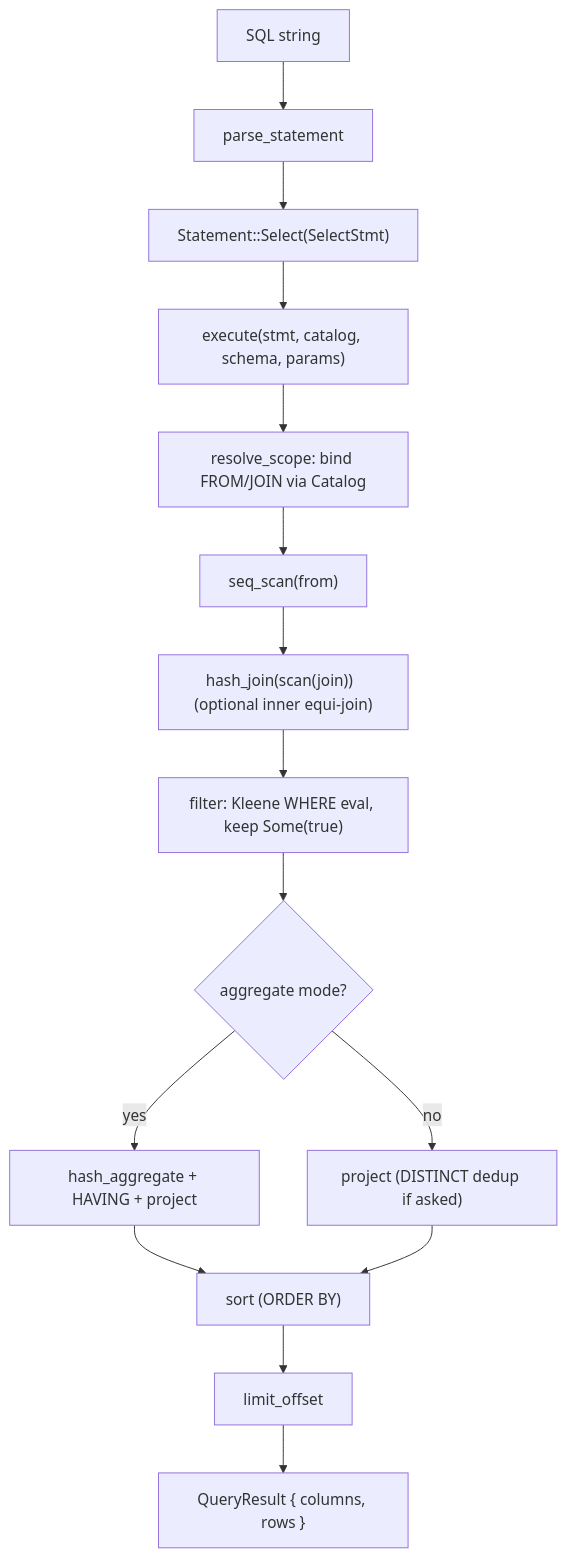
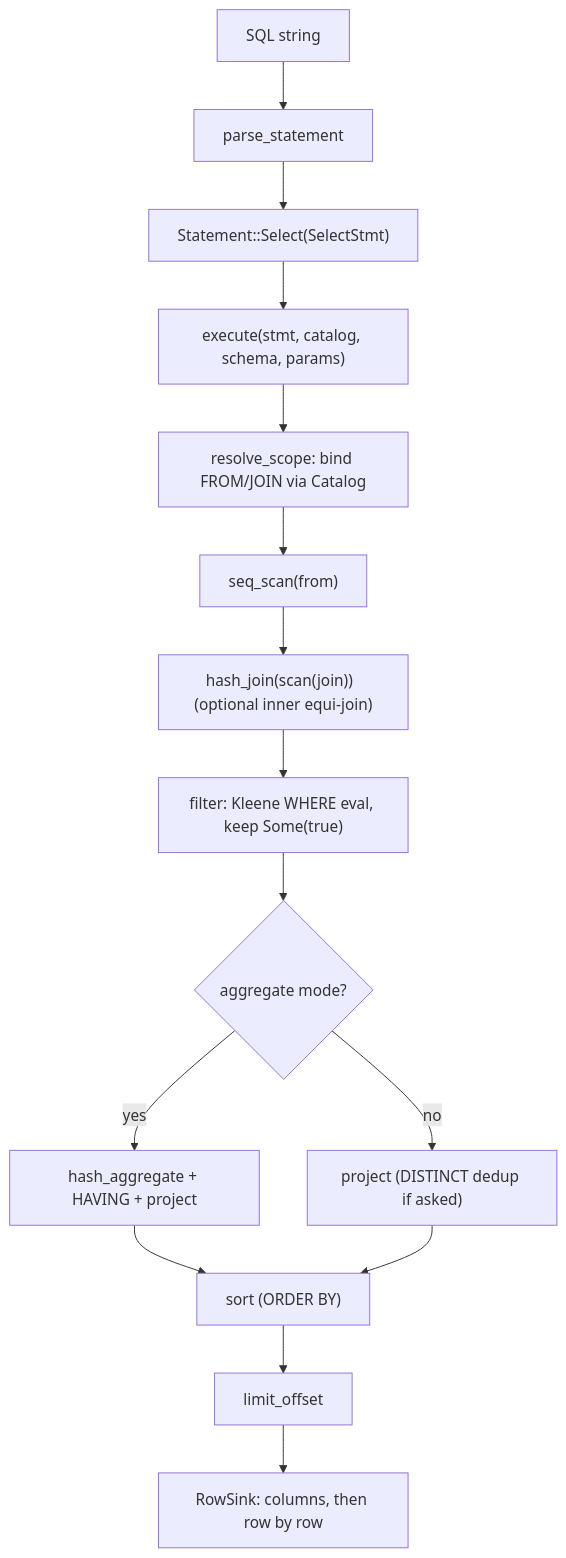
Before and after one commit to ferrosadb/ferrosa: the diagram in ferrosa-sql/specs/overview.md, drawn with Mermaid. The commit also changed 20 other files, not shown here.

First line of the commit message:
fix(postgres): stream result rows to the client with portal suspension

````diff
--- a/ferrosa-sql/specs/overview.md
+++ b/ferrosa-sql/specs/overview.md
@@ -49,17 +49,17 @@
 ```mermaid
 flowchart TD
   SQL["SQL string"] --> P["parse_statement"]
   P --> ST["Statement::Select(SelectStmt)"]
   ST --> EX["execute(stmt, catalog, schema, params)"]
   EX --> SC["resolve_scope: bind FROM/JOIN via Catalog"]
   SC --> SCAN["seq_scan(from)"]
   SCAN --> J["hash_join(scan(join))  (optional inner equi-join)"]
   J --> F["filter: Kleene WHERE eval, keep Some(true)"]
   F --> A{"aggregate mode?"}
   A -->|yes| AGG["hash_aggregate + HAVING + project"]
   A -->|no| PRJ["project (DISTINCT dedup if asked)"]
   AGG --> SRT["sort (ORDER BY)"]
   PRJ --> SRT
   SRT --> LO["limit_offset"]
-  LO --> QR["QueryResult { columns, rows }"]
+  LO --> QR["RowSink: columns, then row by row"]
 ```
````
